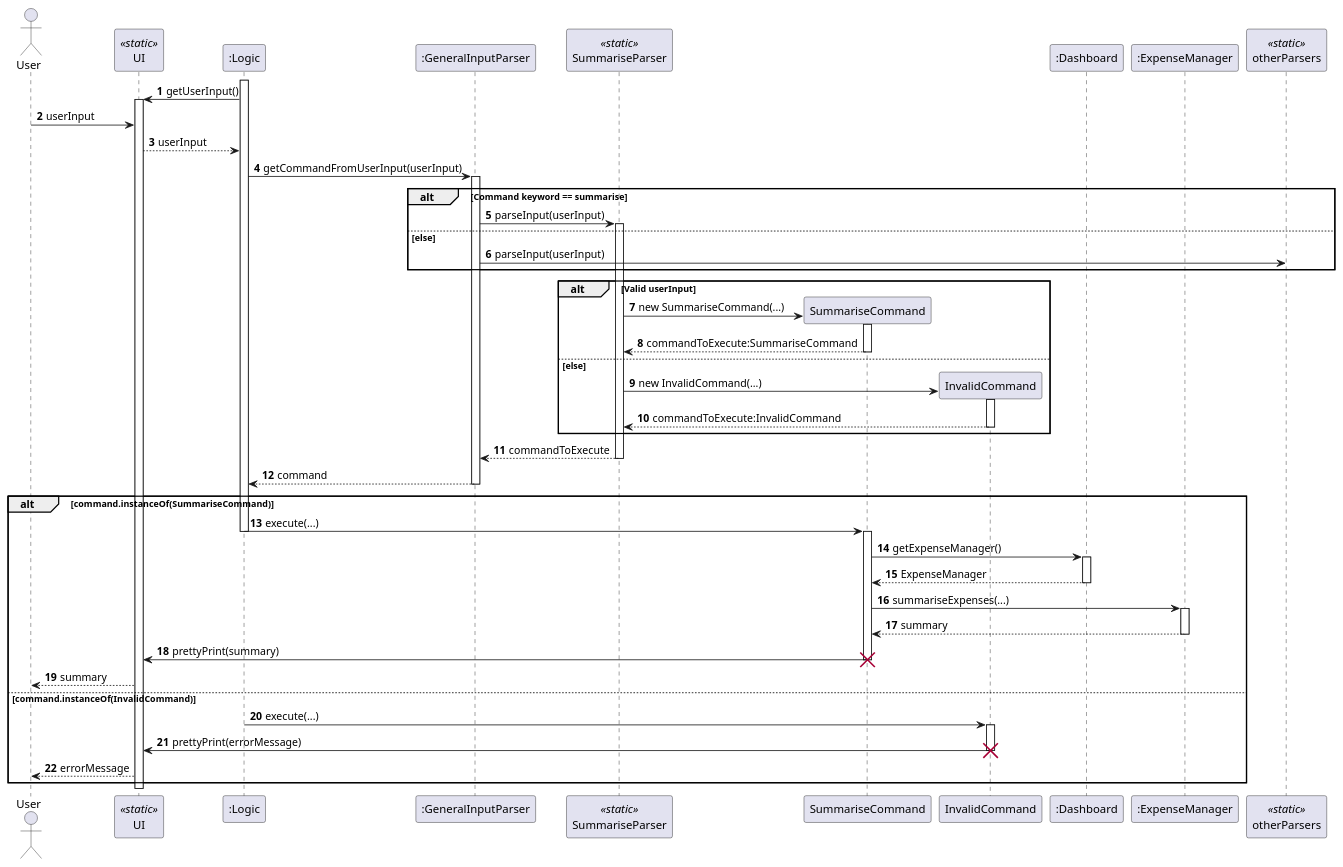
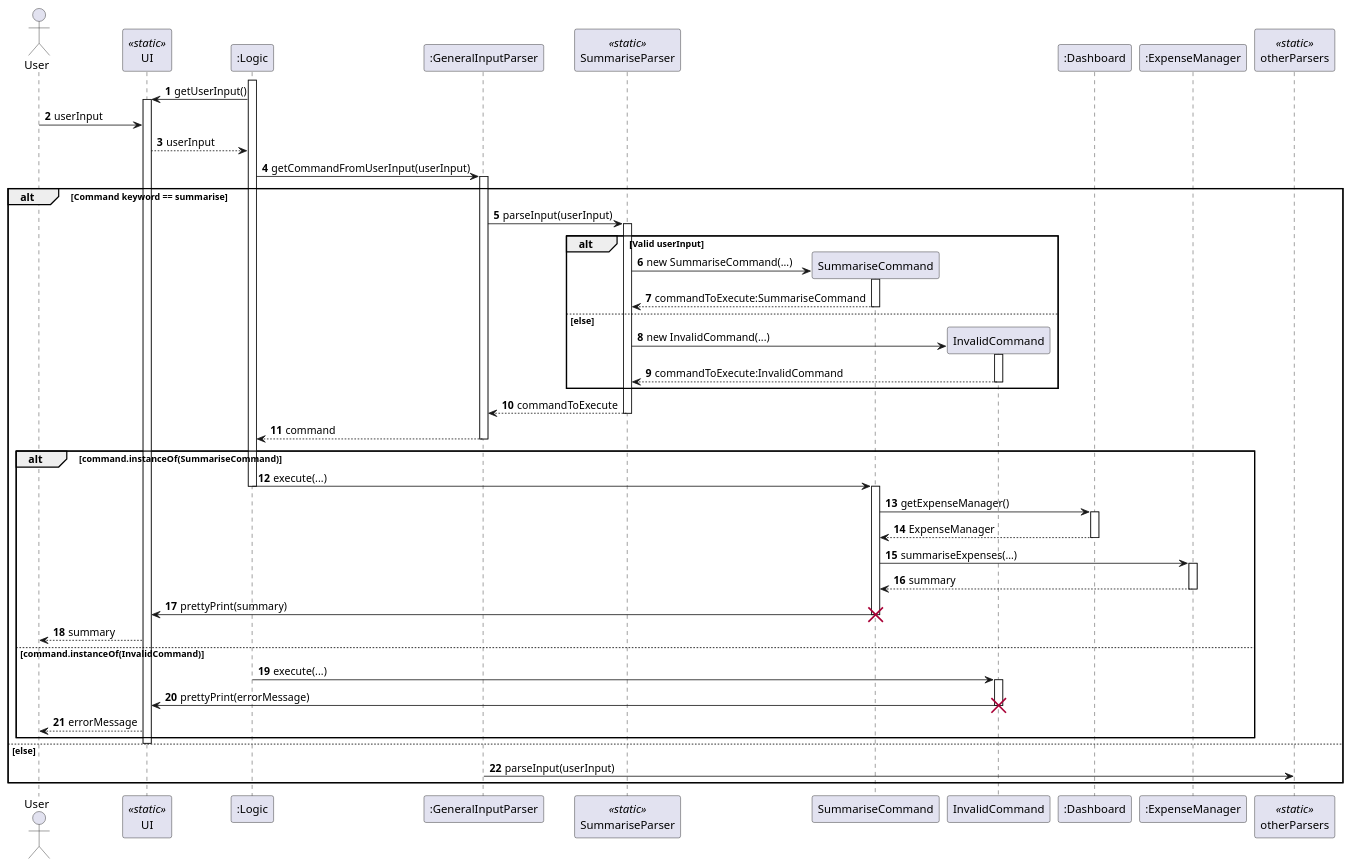
Before and after one commit to nus-cs2113-AY2324S2/tp: the diagram in docs/team/UML_Files/Summarise.puml, drawn with PlantUML.

Commit message:
Move bulk of Summarise.puml within alt block

```diff
--- a/docs/team/UML_Files/Summarise.puml
+++ b/docs/team/UML_Files/Summarise.puml
@@ -1,62 +1,63 @@
 @startuml
 'https://plantuml.com/sequence-diagram
 
 autonumber
 actor User
 participant UI << static >>
 participant ":Logic" as Logic
 activate Logic
 participant ":GeneralInputParser" as GeneralInputParser
 participant SummariseParser << static >>
 
 participant InvalidCommand order 29
 participant ":Dashboard" as Dashboard order 30
 participant ":ExpenseManager" as ExpenseManager order 31
 participant otherParsers <<static>> order 32
 Logic -> UI ++ : getUserInput()
 
 User -> UI : userInput
 UI --> Logic : userInput
 
 Logic -> GeneralInputParser ++ : getCommandFromUserInput(userInput)
 alt Command keyword == summarise
     GeneralInputParser -> SummariseParser ++ : parseInput(userInput)
+    alt Valid userInput
+        SummariseParser -> SummariseCommand ** : new SummariseCommand(...)
+        activate SummariseCommand
+        SummariseCommand --> SummariseParser --: commandToExecute:SummariseCommand
+    else else
+        SummariseParser -> InvalidCommand ** : new InvalidCommand(...)
+        activate InvalidCommand
+        InvalidCommand --> SummariseParser -- : commandToExecute:InvalidCommand
+    end
+
+    SummariseParser --> GeneralInputParser -- : commandToExecute
+    GeneralInputParser --> Logic -- : command
+
+    alt command.instanceOf(SummariseCommand)
+        Logic -> SummariseCommand -- : execute(...)
+        activate SummariseCommand
+        SummariseCommand -> Dashboard ++ : getExpenseManager()
+        Dashboard --> SummariseCommand -- : ExpenseManager
+        SummariseCommand -> ExpenseManager ++ : summariseExpenses(...)
+        ExpenseManager --> SummariseCommand -- : summary
+        SummariseCommand -> UI -- : prettyPrint(summary)
+        destroy SummariseCommand
+        UI --> User : summary
+    else command.instanceOf(InvalidCommand)
+        Logic -> InvalidCommand -- : execute(...)
+        activate InvalidCommand
+        InvalidCommand -> UI -- : prettyPrint(errorMessage)
+        destroy InvalidCommand
+        UI --> User : errorMessage
+    end
+    deactivate UI
 else else
     GeneralInputParser -> otherParsers : parseInput(userInput)
 end
 
-alt Valid userInput
-    SummariseParser -> SummariseCommand ** : new SummariseCommand(...)
-    activate SummariseCommand
-    SummariseCommand --> SummariseParser --: commandToExecute:SummariseCommand
-else else
-    SummariseParser -> InvalidCommand ** : new InvalidCommand(...)
-    activate InvalidCommand
-    InvalidCommand --> SummariseParser -- : commandToExecute:InvalidCommand
-end
 
-SummariseParser --> GeneralInputParser -- : commandToExecute
-GeneralInputParser --> Logic -- : command
-
-alt command.instanceOf(SummariseCommand)
-    Logic -> SummariseCommand -- : execute(...)
-    activate SummariseCommand
-    SummariseCommand -> Dashboard ++ : getExpenseManager()
-    Dashboard --> SummariseCommand -- : ExpenseManager
-    SummariseCommand -> ExpenseManager ++ : summariseExpenses(...)
-    ExpenseManager --> SummariseCommand -- : summary
-    SummariseCommand -> UI -- : prettyPrint(summary)
-    destroy SummariseCommand
-    UI --> User : summary
-else command.instanceOf(InvalidCommand)
-    Logic -> InvalidCommand -- : execute(...)
-    activate InvalidCommand
-    InvalidCommand -> UI -- : prettyPrint(errorMessage)
-    destroy InvalidCommand
-    UI --> User : errorMessage
-end
-deactivate UI
 
 
 
 @enduml
```
